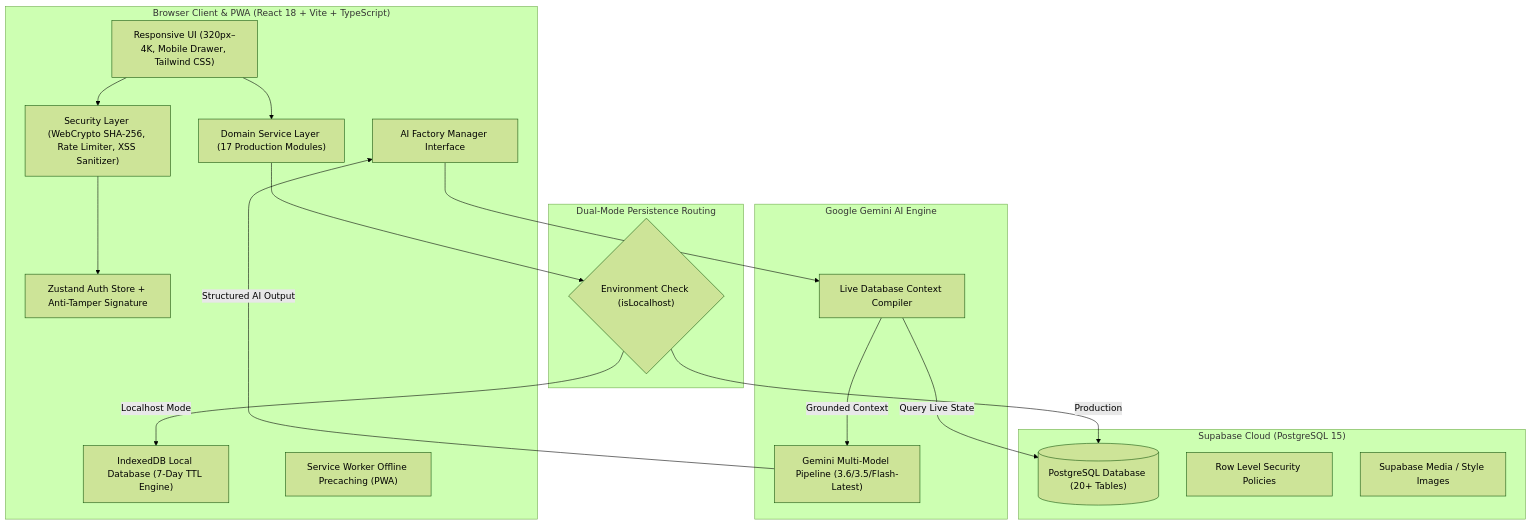
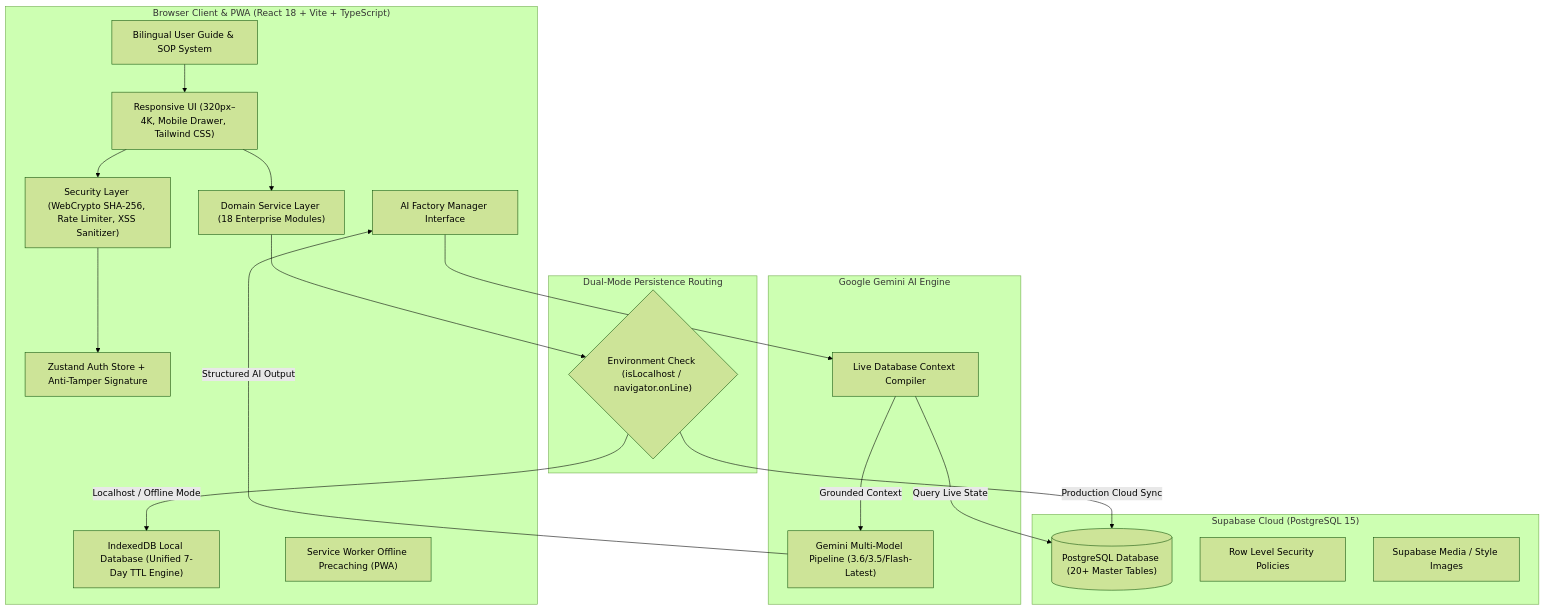
Before and after one commit to kavyakh2005/Factory-AI-Manager: the first of 2 diagrams in ARCHITECTURE.md, drawn with Mermaid (forest theme). The commit also changed other lines of this file and 6 other files, not shown here.

Commit message:
docs: update database schema and project documentation for 18 operational modules and production workflows

````diff
--- a/ARCHITECTURE.md
+++ b/ARCHITECTURE.md
@@ -13,38 +13,40 @@
 ```mermaid
 graph TD
     subgraph Client ["Browser Client & PWA (React 18 + Vite + TypeScript)"]
         UI["Responsive UI (320px–4K, Mobile Drawer, Tailwind CSS)"]
         Auth["Zustand Auth Store + Anti-Tamper Signature"]
         SecLayer["Security Layer (WebCrypto SHA-256, Rate Limiter, XSS Sanitizer)"]
-        Services["Domain Service Layer (17 Production Modules)"]
-        LocalCache["IndexedDB Local Database (7-Day TTL Engine)"]
+        Services["Domain Service Layer (18 Enterprise Modules)"]
+        LocalCache["IndexedDB Local Database (Unified 7-Day TTL Engine)"]
         PWA["Service Worker Offline Precaching (PWA)"]
         AIShell["AI Factory Manager Interface"]
+        GuideShell["Bilingual User Guide & SOP System"]
     end
 
     subgraph DualPersistence ["Dual-Mode Persistence Routing"]
-        RouteCheck{"Environment Check (isLocalhost)"}
+        RouteCheck{"Environment Check (isLocalhost / navigator.onLine)"}
     end
 
     subgraph Cloud ["Supabase Cloud (PostgreSQL 15)"]
-        PostgresDB[("PostgreSQL Database (20+ Tables)")]
+        PostgresDB[("PostgreSQL Database (20+ Master Tables)")]
         RLS["Row Level Security Policies"]
         Storage["Supabase Media / Style Images"]
     end
 
     subgraph AI ["Google Gemini AI Engine"]
         GeminiAPI["Gemini Multi-Model Pipeline (3.6/3.5/Flash-Latest)"]
         RAGContext["Live Database Context Compiler"]
     end
 
     UI --> SecLayer
     SecLayer --> Auth
     UI --> Services
     Services --> RouteCheck
-    RouteCheck -->|Production| PostgresDB
-    RouteCheck -->|Localhost Mode| LocalCache
+    RouteCheck -->|Production Cloud Sync| PostgresDB
+    RouteCheck -->|Localhost / Offline Mode| LocalCache
     AIShell --> RAGContext
     RAGContext -->|Query Live State| PostgresDB
     RAGContext -->|Grounded Context| GeminiAPI
     GeminiAPI -->|Structured AI Output| AIShell
+    GuideShell --> UI
 ```
````
